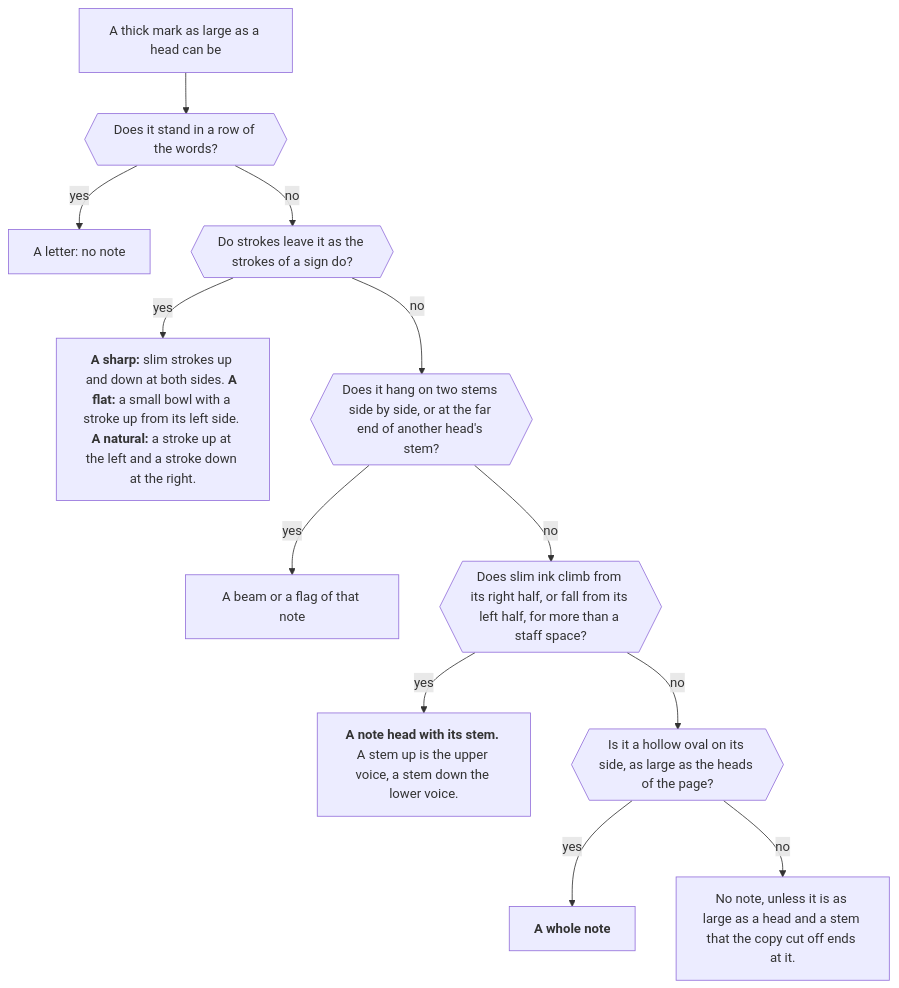
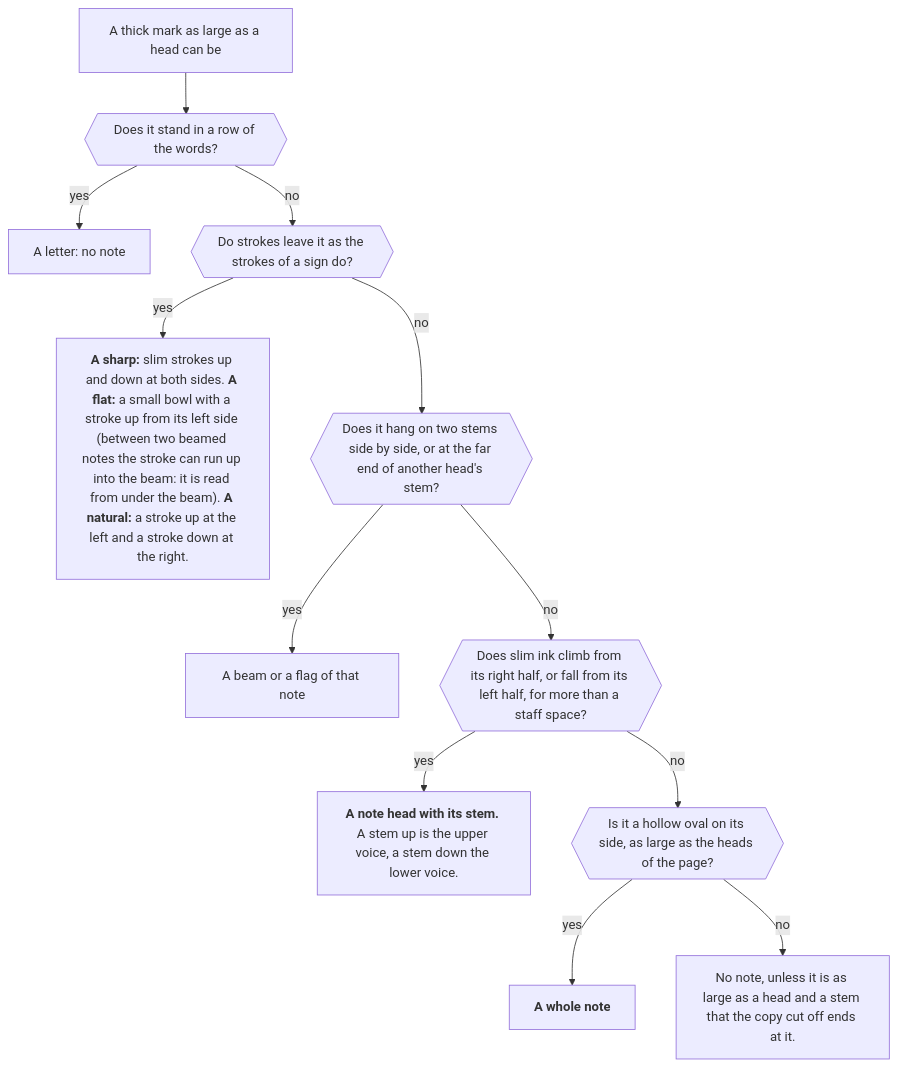
One commit to sweet-cicero/ScoreReader changed the fifth of 11 diagrams in README.md. Above: the diagram before and after it, drawn with Mermaid. The commit also changed other lines of this file and 6 other files, not shown here.

````diff
--- a/README.md
+++ b/README.md
@@ -181,14 +181,14 @@
 ```mermaid
 flowchart TD
     mark["A thick mark as large as a head can be"] --> letter{{"Does it stand in a row of the words?"}}
     letter -- "yes" --> no1["A letter: no note"]
     letter -- "no" --> strokes{{"Do strokes leave it as the strokes of a sign do?"}}
-    strokes -- "yes" --> sign["<b>A sharp:</b> slim strokes up and down at both sides. <b>A flat:</b> a small bowl with a stroke up from its left side. <b>A natural:</b> a stroke up at the left and a stroke down at the right."]
+    strokes -- "yes" --> sign["<b>A sharp:</b> slim strokes up and down at both sides. <b>A flat:</b> a small bowl with a stroke up from its left side (between two beamed notes the stroke can run up into the beam: it is read from under the beam). <b>A natural:</b> a stroke up at the left and a stroke down at the right."]
     strokes -- "no" --> far{{"Does it hang on two stems side by side, or at the far end of another head's stem?"}}
     far -- "yes" --> tail["A beam or a flag of that note"]
     far -- "no" --> stem{{"Does slim ink climb from its right half, or fall from its left half, for more than a staff space?"}}
     stem -- "yes" --> head["<b>A note head with its stem.</b> A stem up is the upper voice, a stem down the lower voice."]
     stem -- "no" --> oval{{"Is it a hollow oval on its side, as large as the heads of the page?"}}
     oval -- "yes" --> whole["<b>A whole note</b>"]
     oval -- "no" --> orphan["No note, unless it is as large as a head and a stem that the copy cut off ends at it."]
 ```
````
